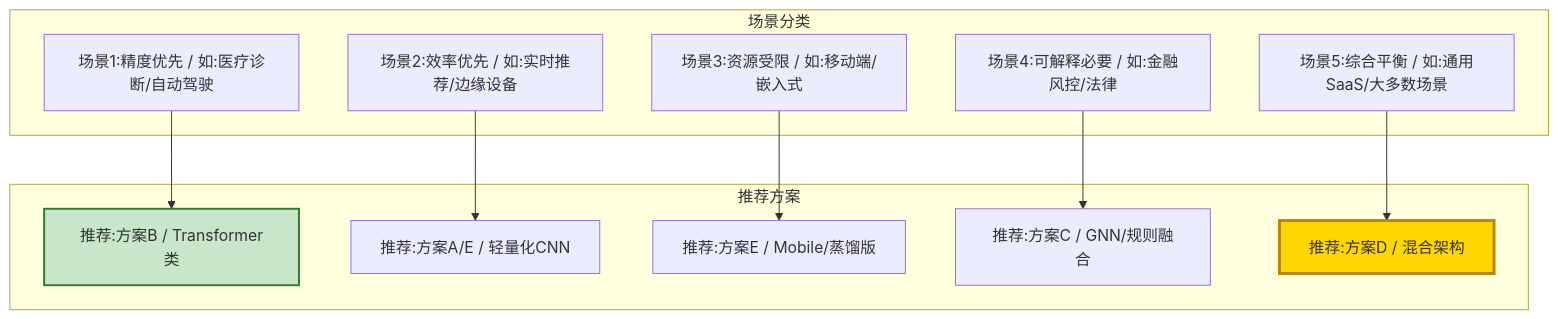
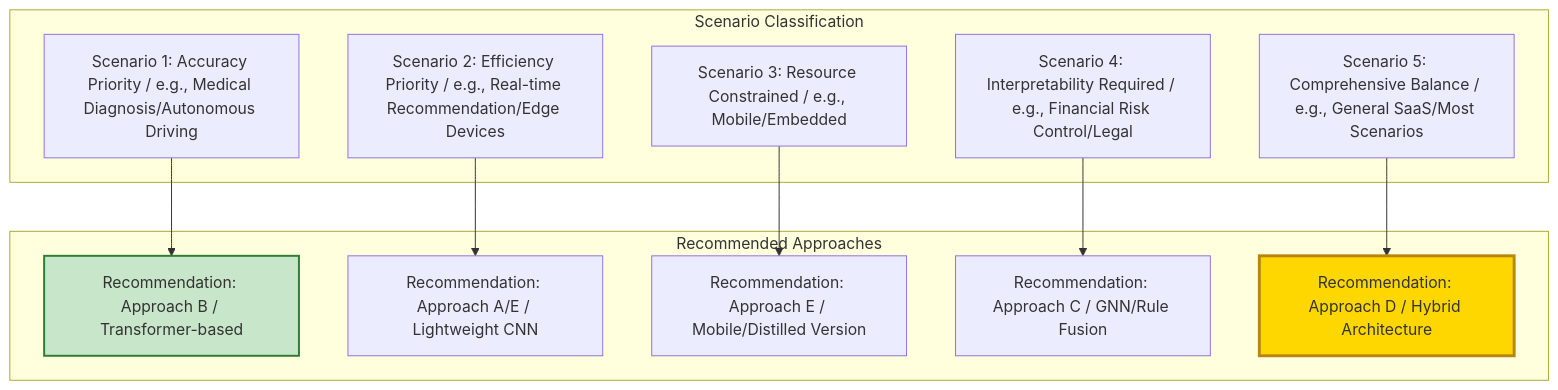
One commit to Kirky-X/cangjie changed the eighth of 11 diagrams in templates/【模板】论文研究报告.md. Above: the diagram before and after it, drawn with Mermaid. The commit also changed other lines of this file and 12 other files, not shown here.

````diff
--- a/templates/【模板】论文研究报告.md
+++ b/templates/【模板】论文研究报告.md
@@ -448,27 +448,27 @@
 ```mermaid
 graph TB
-    subgraph 场景分类
-        S1[场景1:精度优先 / 如:医疗诊断/自动驾驶]
-        S2[场景2:效率优先 / 如:实时推荐/边缘设备]
-        S3[场景3:资源受限 / 如:移动端/嵌入式]
-        S4[场景4:可解释必要 / 如:金融风控/法律]
-        S5[场景5:综合平衡 / 如:通用SaaS/大多数场景]
+    subgraph Scenario Classification
+        S1[Scenario 1: Accuracy Priority / e.g., Medical Diagnosis/Autonomous Driving]
+        S2[Scenario 2: Efficiency Priority / e.g., Real-time Recommendation/Edge Devices]
+        S3[Scenario 3: Resource Constrained / e.g., Mobile/Embedded]
+        S4[Scenario 4: Interpretability Required / e.g., Financial Risk Control/Legal]
+        S5[Scenario 5: Comprehensive Balance / e.g., General SaaS/Most Scenarios]
     end
 
-    subgraph 推荐方案
-        R1[推荐:方案B / Transformer类]
-        R2[推荐:方案A/E / 轻量化CNN]
-        R3[推荐:方案E / Mobile/蒸馏版]
-        R4[推荐:方案C / GNN/规则融合]
-        R5[推荐:方案D / 混合架构]
+    subgraph Recommended Approaches
+        R1[Recommendation: Approach B / Transformer-based]
+        R2[Recommendation: Approach A/E / Lightweight CNN]
+        R3[Recommendation: Approach E / Mobile/Distilled Version]
+        R4[Recommendation: Approach C / GNN/Rule Fusion]
+        R5[Recommendation: Approach D / Hybrid Architecture]
     end
 
     S1 --> R1
     S2 --> R2
     S3 --> R3
     S4 --> R4
     S5 --> R5
 
     style R1 fill:#c8e6c9,stroke:#2e7d32,stroke-width:2px
     style R5 fill:#ffd700,stroke:#b8860b,stroke-width:3px
 ```
````
